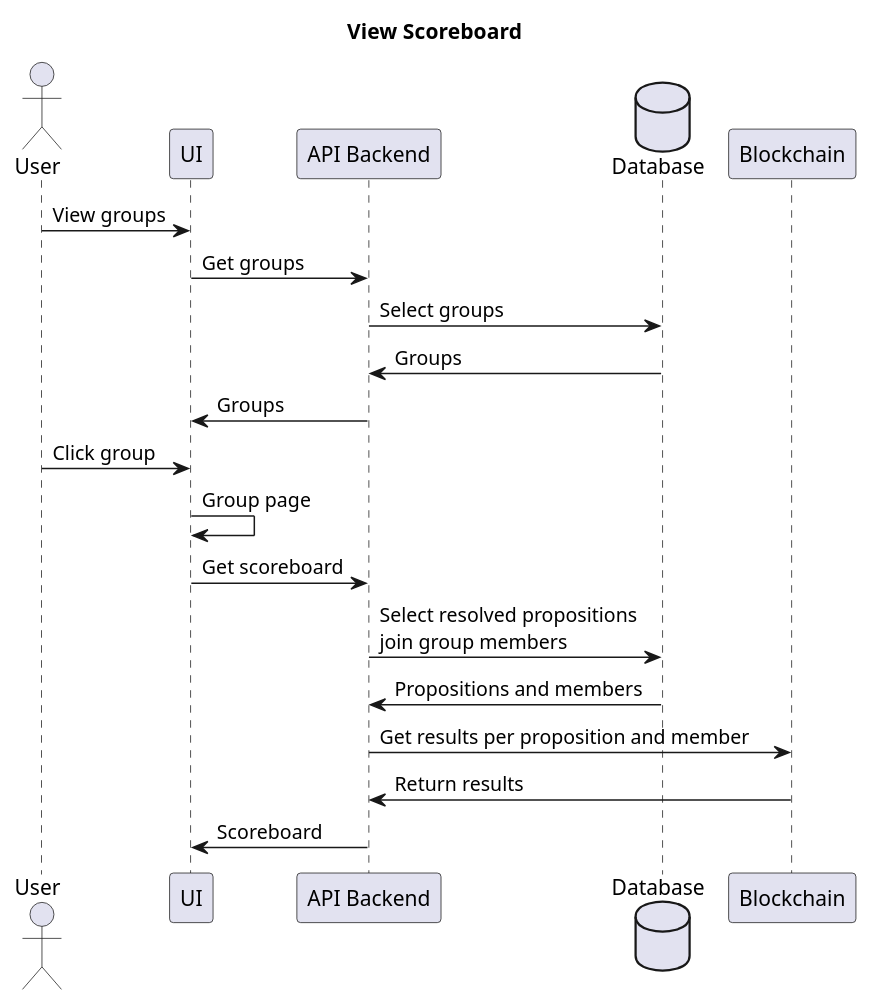
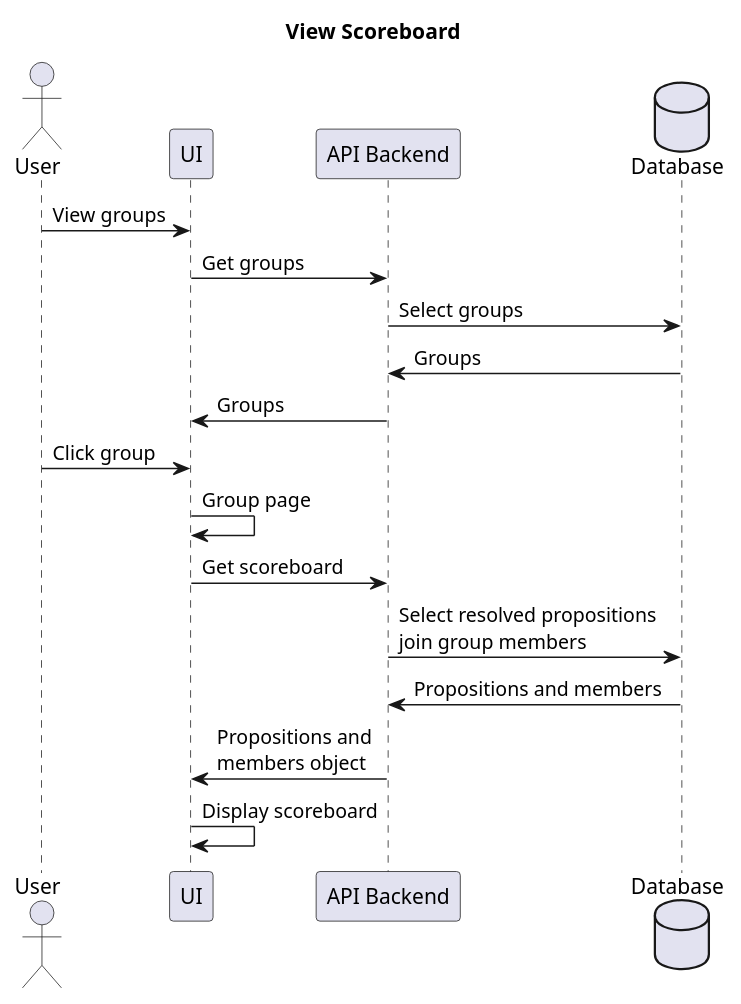
One commit to adhurjaty/prediction-app changed the diagram in Diagrams/UserStories/view_scoreboard.puml. Above: the diagram before and after it, drawn with PlantUML. The commit also changed 3 other files, not shown here.

Commit message:
removes blockchain from getting scoreboard

```diff
--- a/Diagrams/UserStories/view_scoreboard.puml
+++ b/Diagrams/UserStories/view_scoreboard.puml
@@ -1,25 +1,23 @@
 @startuml View Scoreboard
 
 title View Scoreboard
 
 actor User as user
 participant UI as ui
 participant "API Backend" as api
 database Database as db
-participant Blockchain as bc
 
 user -> ui : View groups
 ui -> api : Get groups
 api -> db : Select groups
 db -> api : Groups
 api -> ui : Groups
 user -> ui : Click group
 ui -> ui : Group page
 ui -> api : Get scoreboard
 api -> db : Select resolved propositions\njoin group members
 db -> api : Propositions and members
-api -> bc : Get results per proposition and member
-bc -> api : Return results
-api -> ui : Scoreboard
+api -> ui : Propositions and\nmembers object
+ui -> ui : Display scoreboard
 
 @enduml
```
